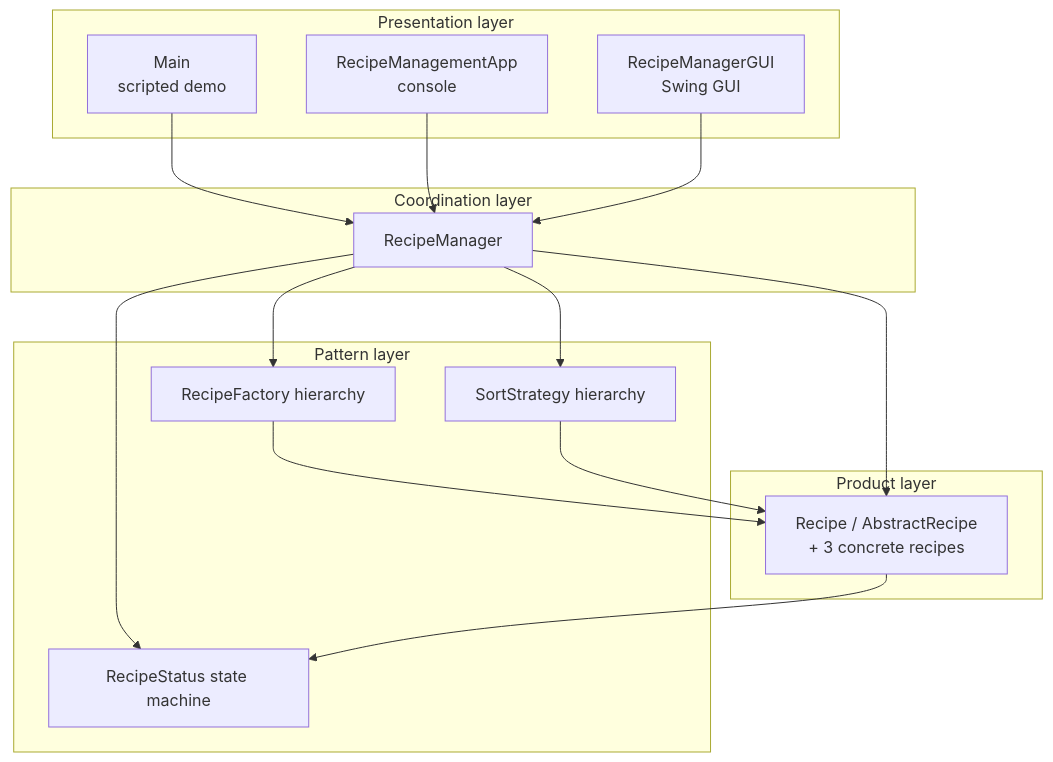
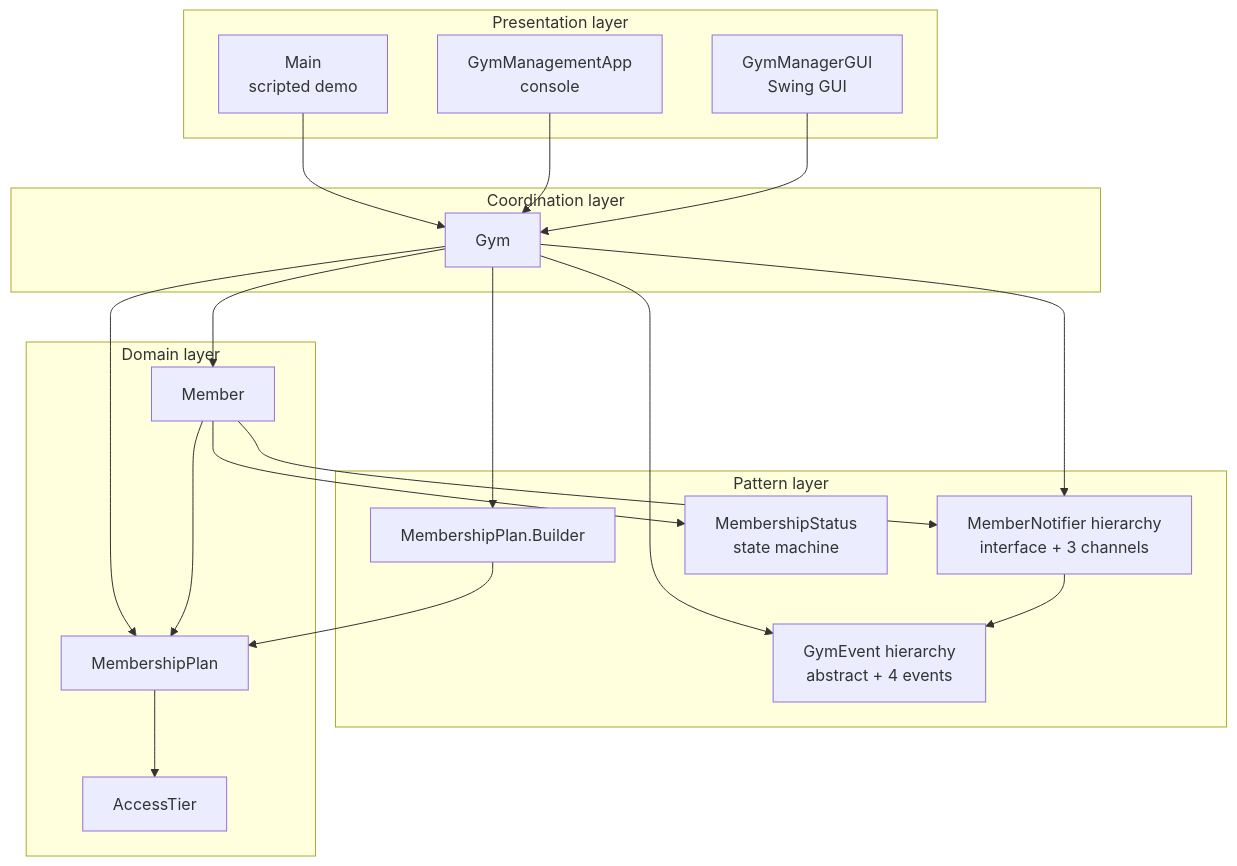
One commit to hoop-ai/gym-membership-management-system changed the diagram in docs/uml/class/component-diagram.md. Above: the diagram before and after it, drawn with Mermaid. The commit also changed other lines of this file and 77 other files, not shown here.

````diff
--- a/docs/uml/class/component-diagram.md
+++ b/docs/uml/class/component-diagram.md
@@ -6,35 +6,42 @@
 ```mermaid
 flowchart TB
     subgraph Presentation [Presentation layer]
       MAIN[Main<br/>scripted demo]
-      APP[RecipeManagementApp<br/>console]
-      GUI[RecipeManagerGUI<br/>Swing GUI]
+      APP[GymManagementApp<br/>console]
+      GUI[GymManagerGUI<br/>Swing GUI]
     end
 
     subgraph Coordination [Coordination layer]
-      MGR[RecipeManager]
+      GYM[Gym]
     end
 
     subgraph Patterns [Pattern layer]
-      FACT[RecipeFactory hierarchy]
-      STRAT[SortStrategy hierarchy]
-      STATE[RecipeStatus state machine]
+      B[MembershipPlan.Builder]
+      EVT[GymEvent hierarchy<br/>abstract + 4 events]
+      NOT[MemberNotifier hierarchy<br/>interface + 3 channels]
+      STATE[MembershipStatus<br/>state machine]
     end
 
-    subgraph Product [Product layer]
-      PROD[Recipe / AbstractRecipe<br/>+ 3 concrete recipes]
+    subgraph Domain [Domain layer]
+      PLAN[MembershipPlan]
+      MEMBER[Member]
+      TIER[AccessTier]
     end
 
-    MAIN --> MGR
-    APP --> MGR
-    GUI --> MGR
+    MAIN --> GYM
+    APP --> GYM
+    GUI --> GYM
 
-    MGR --> FACT
-    MGR --> STRAT
-    MGR --> STATE
-    MGR --> PROD
+    GYM --> B
+    GYM --> EVT
+    GYM --> NOT
+    GYM --> PLAN
+    GYM --> MEMBER
 
-    FACT --> PROD
-    STRAT --> PROD
-    PROD --> STATE
+    B --> PLAN
+    PLAN --> TIER
+    MEMBER --> PLAN
+    MEMBER --> STATE
+    MEMBER --> NOT
+    NOT --> EVT
 ```
````
